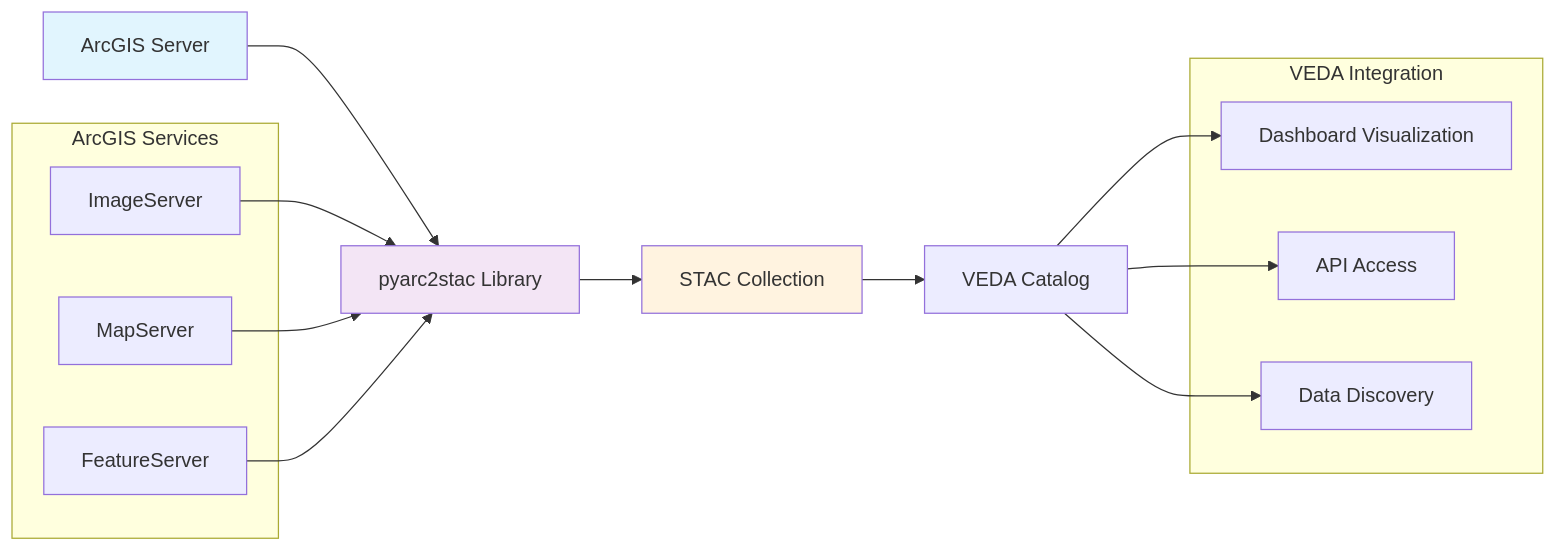
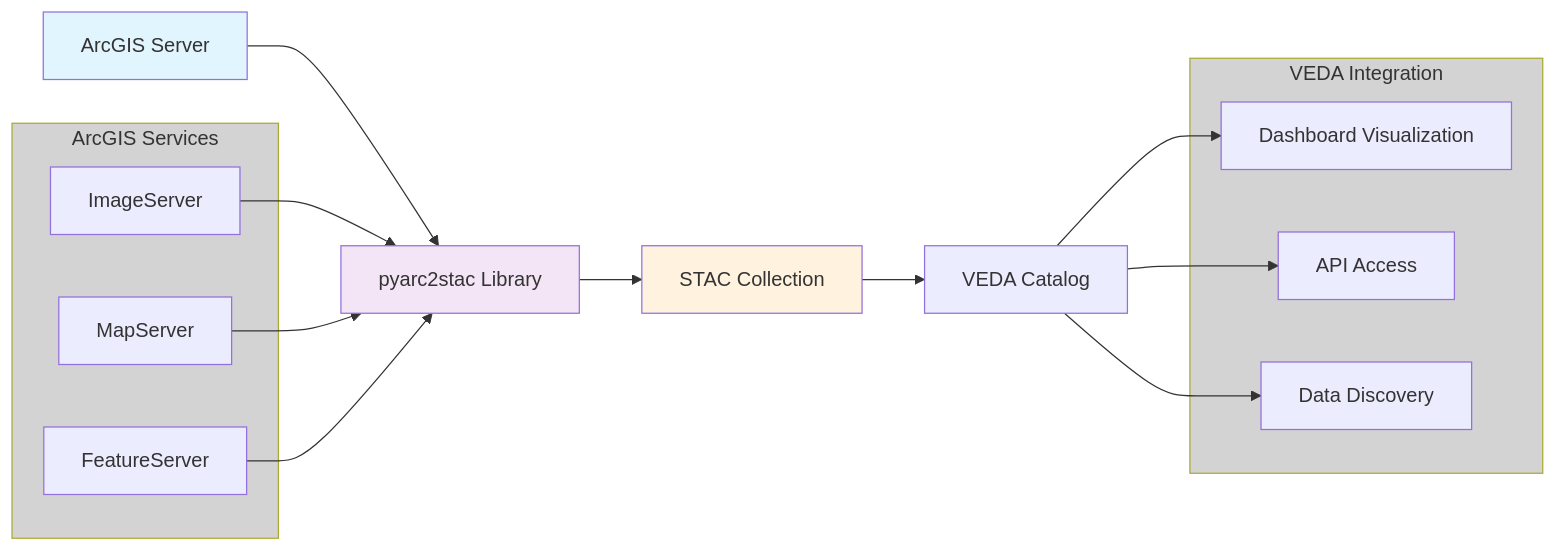
Before and after one commit to NASA-IMPACT/veda-docs: the diagram in user-guide/content-curation/external-collection-indexing/arcgis-server-integration.qmd, drawn with Mermaid. The commit also changed 1 other file, not shown here.

Commit message:
update subgraph fill colors

````diff
--- a/user-guide/content-curation/external-collection-indexing/arcgis-server-integration.qmd
+++ b/user-guide/content-curation/external-collection-indexing/arcgis-server-integration.qmd
@@ -30,28 +30,30 @@
 ```{mermaid}
 graph LR
     A[ArcGIS Server] --> B[pyarc2stac Library]
     B --> C[STAC Collection]
     C --> D[VEDA Catalog]
     style A fill:#e1f5fe
     style B fill:#f3e5f5
     style C fill:#fff3e0
-    subgraph "ArcGIS Services"
+    subgraph ArcGISServices [ArcGIS Services]
         E[ImageServer]
         F[MapServer] 
         G[FeatureServer]
+        style ArcGISServices fill:#D3D3D3
     end
     
     E --> B
     F --> B
     G --> B
     
-    subgraph "VEDA Integration"
+    subgraph VedaIntegration [VEDA Integration]
         H[Dashboard Visualization]
         I[API Access]
         J[Data Discovery]
+        style VedaIntegration fill:#D3D3D3
     end
     
     D --> H
     D --> I
     D --> J
 ```
````
